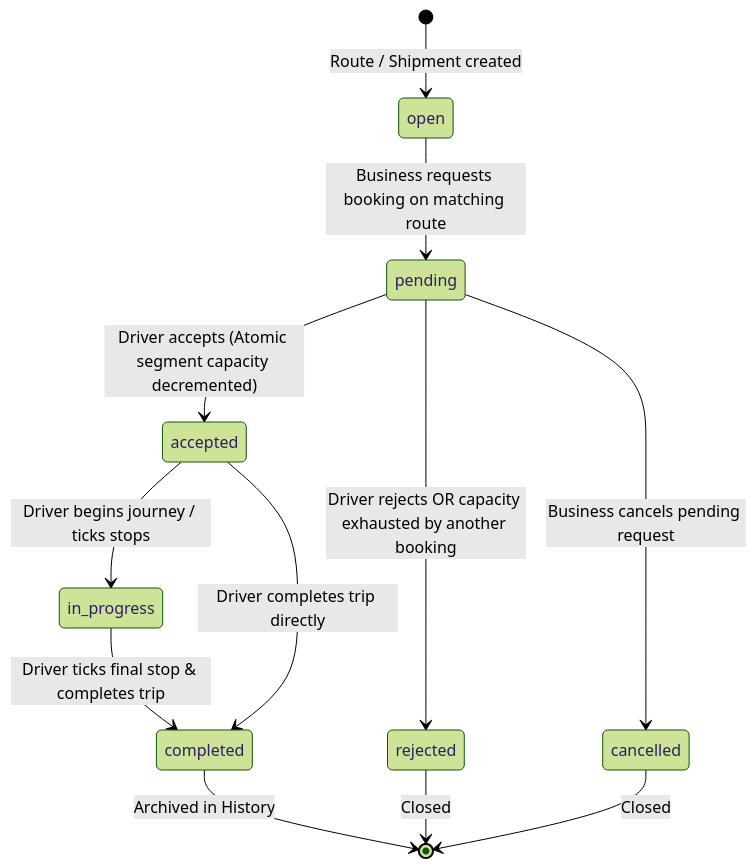
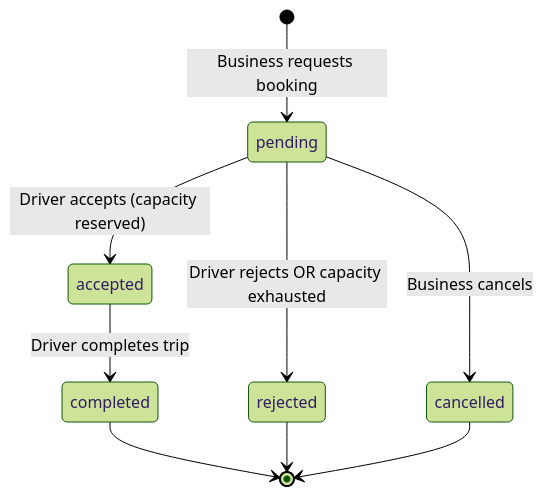
One commit to Mds-1234/Trucksy_V2 changed the second of 2 diagrams in README.md. Above: the diagram before and after it, drawn with Mermaid (forest theme). The commit also changed other lines of this file and 1 other file, not shown here.

````diff
--- a/README.md
+++ b/README.md
@@ -125,14 +179,11 @@
 ```mermaid
 stateDiagram-v2
-    [*] --> open: Route / Shipment created
-    open --> pending: Business requests booking on matching route
-    pending --> accepted: Driver accepts (Atomic segment capacity decremented)
-    pending --> rejected: Driver rejects OR capacity exhausted by another booking
-    pending --> cancelled: Business cancels pending request
-    accepted --> in_progress: Driver begins journey / ticks stops
-    in_progress --> completed: Driver ticks final stop & completes trip
-    accepted --> completed: Driver completes trip directly
-    completed --> [*]: Archived in History
-    rejected --> [*]: Closed
-    cancelled --> [*]: Closed
+    [*] --> pending: Business requests booking
+    pending --> accepted: Driver accepts (capacity reserved)
+    pending --> rejected: Driver rejects OR capacity exhausted
+    pending --> cancelled: Business cancels
+    accepted --> completed: Driver completes trip
+    completed --> [*]
+    rejected --> [*]
+    cancelled --> [*]
 ```
````
